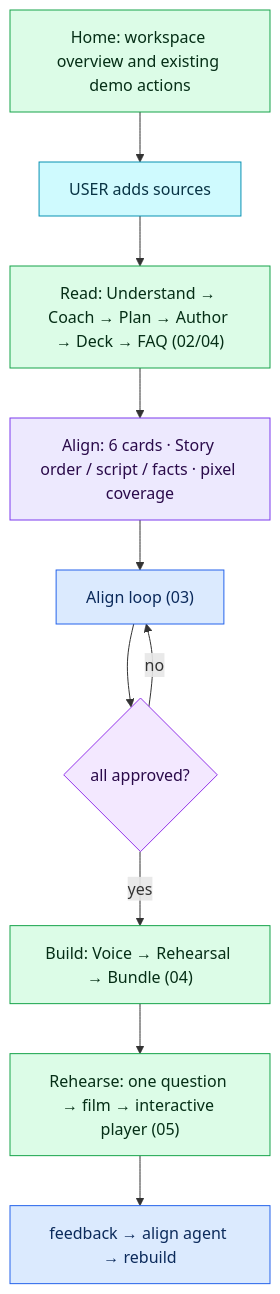
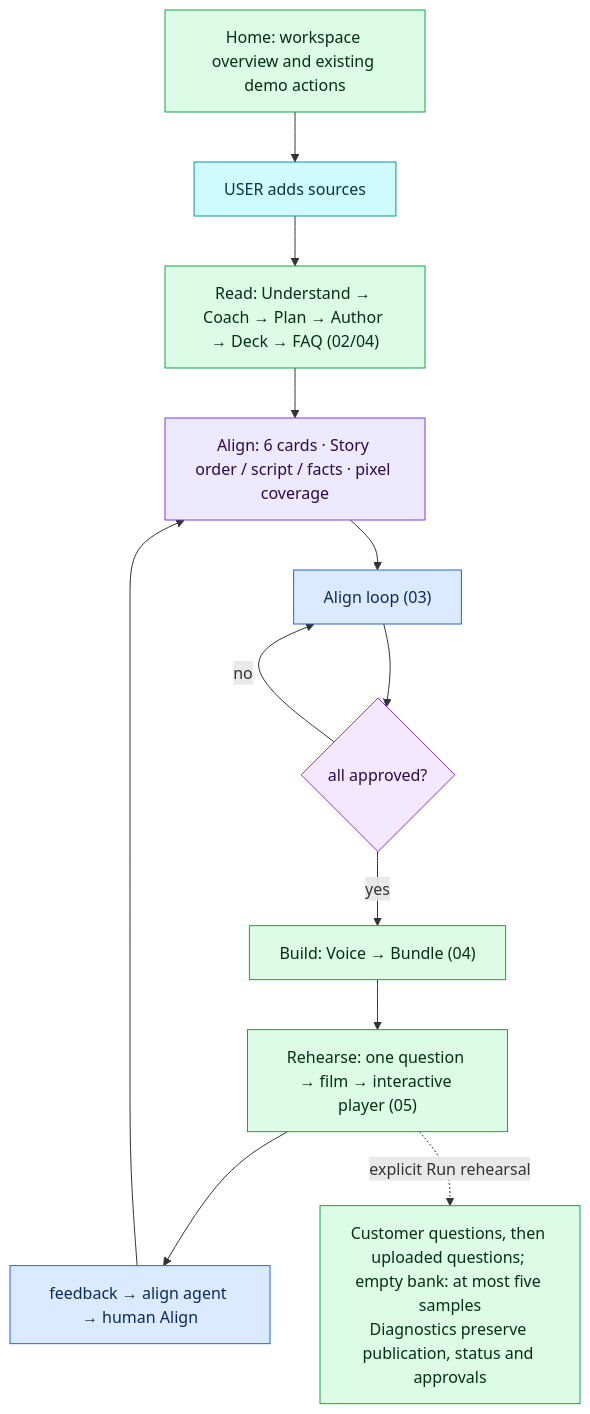
The diagram in docs/ARCHITECTURE_FLOW.md (APareek89/demo-studio), drawn with Mermaid before and after one commit. The commit also changed other lines of this file and 83 other files, not shown here.

Commit message:
WP11: cache customer questions and finish the reviewed demo experience

````diff
--- a/docs/ARCHITECTURE_FLOW.md
+++ b/docs/ARCHITECTURE_FLOW.md
@@ -86,13 +93,15 @@
 ```mermaid
 %% see docs/mermaid/01-master.mmd
 flowchart TD
   HOME["Home: workspace overview and existing demo actions"]:::fn --> U
   U["USER adds sources"]:::ask --> READ["Read: Understand → Coach → Plan → Author → Deck → FAQ (02/04)"]:::fn --> CARDS["Align: 6 cards · Story order / script / facts · pixel coverage"]:::data --> ALIGN["Align loop (03)"]:::agent --> APPR{"all approved?"}:::dec
-  APPR -- "yes" --> BUILD["Build: Voice → Rehearsal → Bundle (04)"]:::fn --> PLAY["Rehearse: one question → film → interactive player (05)"]:::fn --> FB["feedback → align agent → rebuild"]:::agent
+  APPR -- "yes" --> BUILD["Build: Voice → Bundle (04)"]:::fn --> PLAY["Rehearse: one question → film → interactive player (05)"]:::fn --> FB["feedback → align agent → human Align"]:::agent
   APPR -- "no" --> ALIGN
+  FB --> CARDS
+  PLAY -. "explicit Run rehearsal" .-> REHEARSAL["Customer questions, then uploaded questions; empty bank: at most five samples<br/>Diagnostics preserve publication, status and approvals"]:::fn
   classDef agent fill:#dbeafe,stroke:#2563eb,color:#0b2a5b;
   classDef fn fill:#dcfce7,stroke:#16a34a,color:#052e16;
   classDef dec fill:#f3e8ff,stroke:#9333ea,color:#2a0a4a;
   classDef data fill:#ede9fe,stroke:#7c3aed,color:#2a0a4a;
   classDef ask fill:#cffafe,stroke:#0891b2,color:#083344;
 ```
````
